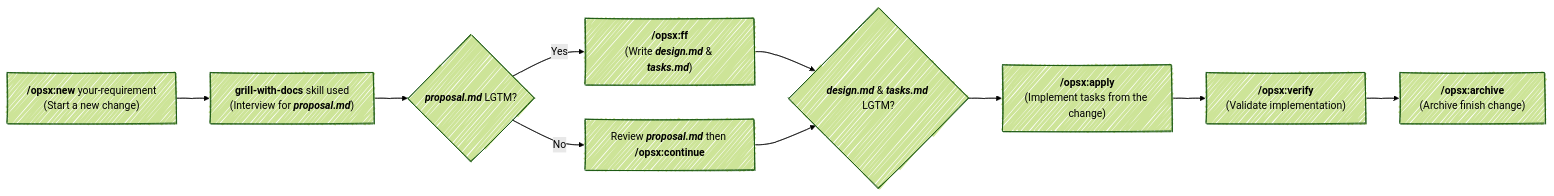
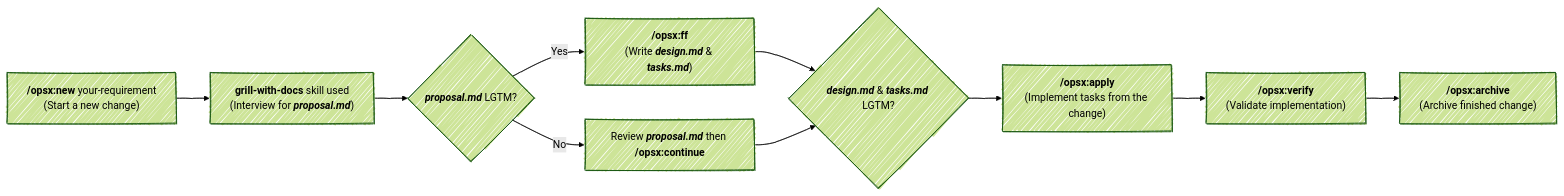
Before and after one commit to jimzhan/speckit: the diagram in README.md, drawn with Mermaid.

Commit message:
Fix typo in workflow diagram: 'finish' -> 'finished'

````diff
--- a/README.md
+++ b/README.md
@@ -27,27 +27,27 @@
 ```mermaid
 ---
 config:
   look: handDrawn
   theme: forest
 ---
 flowchart LR
     New["<b>/opsx:new</b> your-requirement<br/>(Start a new change)"]
     Grill["<b>grill-with-docs</b> skill used<br/>(Interview for <b><i>proposal.md</i></b>)"]
     Propose{"<b><i>proposal.md</i></b> LGTM?"}
     Review{"<b><i>design.md</i></b> & <b><i>tasks.md</i></b> LGTM?"}
     FF["<b>/opsx:ff</b><br/>(Write <b><i>design.md</i></b> & <b><i>tasks.md</i></b>)"]
     Continue["Review <b><i>proposal.md</i></b> then <b>/opsx:continue</b>"]
     Apply["<b>/opsx:apply</b><br/>(Implement tasks from the change)"]
     Verify["<b>/opsx:verify</b><br/>(Validate implementation)"]
-    Archive["<b>/opsx:archive</b><br/>(Archive finish change)"]
+    Archive["<b>/opsx:archive</b><br/>(Archive finished change)"]
 
     New --> Grill
     Grill --> Propose
     Propose --> |Yes| FF
     Propose --> |No| Continue
     FF --> Review
     Continue --> Review
     Review --> Apply
     Apply --> Verify
     Verify --> Archive
 ```
````
